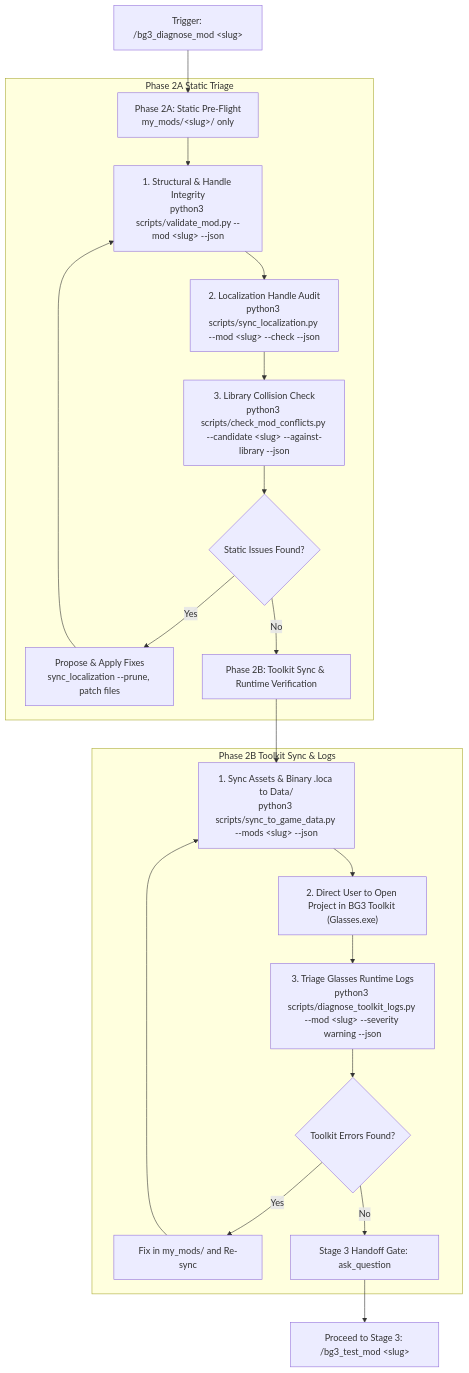
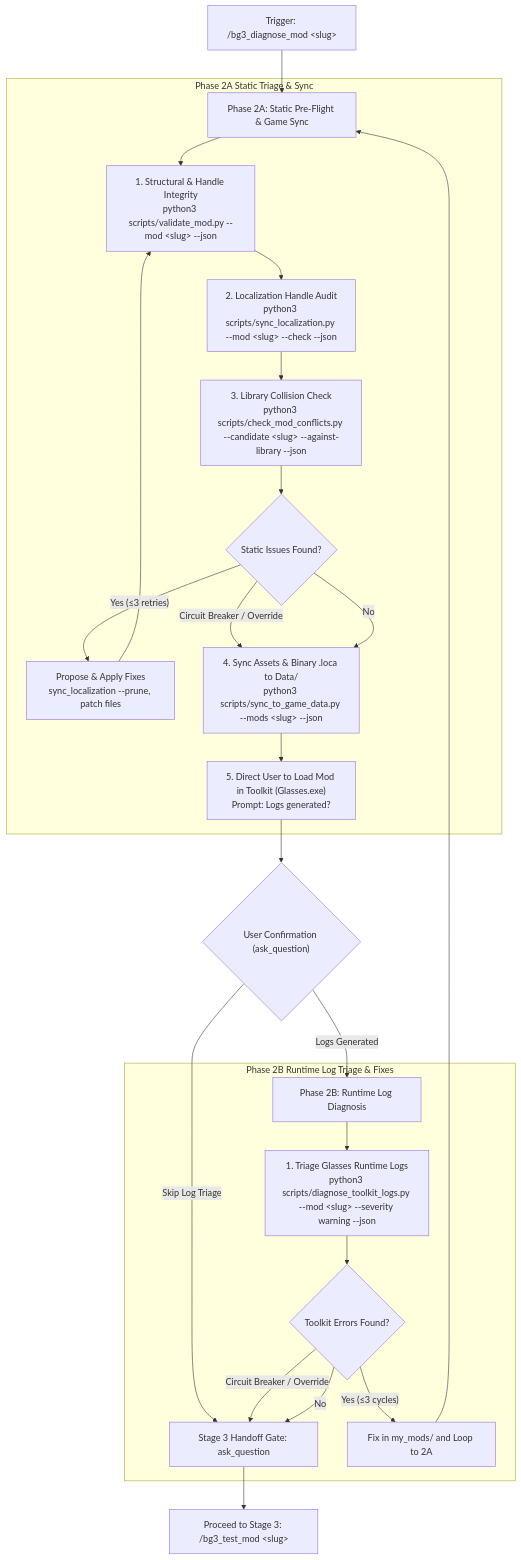
The diagram in .agents/skills/bg3_diagnose_mod/SKILL.md (jpelton-stroud/bg3-mod-studio), drawn with Mermaid before and after one commit. The commit also changed other lines of this file and 4 other files, not shown here.

First line of the commit message:
refactor(diagnose): update Phase 2A/2B gating and Toolkit log loop (#25)

````diff
--- a/.agents/skills/bg3_diagnose_mod/SKILL.md
+++ b/.agents/skills/bg3_diagnose_mod/SKILL.md
@@ -29,33 +29,38 @@
 ```mermaid
 flowchart TD
-    Trigger["Trigger: /bg3_diagnose_mod &lt;slug&gt;"] --> Phase2A["Phase 2A: Static Pre-Flight
-my_mods/&lt;slug&gt;/ only"]
+    Trigger["Trigger: /bg3_diagnose_mod &lt;slug&gt;"] --> Phase2A["Phase 2A: Static Pre-Flight & Game Sync"]
     
-    subgraph Phase 2A Static Triage
+    subgraph Phase 2A Static Triage & Sync
         Phase2A --> Val["1. Structural & Handle Integrity
 python3 scripts/validate_mod.py --mod &lt;slug&gt; --json"]
         Val --> Loc["2. Localization Handle Audit
 python3 scripts/sync_localization.py --mod &lt;slug&gt; --check --json"]
         Loc --> Conf["3. Library Collision Check
 python3 scripts/check_mod_conflicts.py --candidate &lt;slug&gt; --against-library --json"]
         Conf --> Fix2A{"Static Issues Found?"}
-        Fix2A -- "Yes" --> Patch2A["Propose & Apply Fixes
+        Fix2A -- "Yes (≤3 retries)" --> Patch2A["Propose & Apply Fixes
 sync_localization --prune, patch files"]
         Patch2A --> Val
-        Fix2A -- "No" --> Phase2B["Phase 2B: Toolkit Sync & Runtime Verification"]
+        Fix2A -- "Circuit Breaker / Override" --> Sync
+        Fix2A -- "No" --> Sync["4. Sync Assets & Binary .loca to Data/
+python3 scripts/sync_to_game_data.py --mods &lt;slug&gt; --json"]
+        Sync --> PromptUser["5. Direct User to Load Mod in Toolkit (Glasses.exe)
+Prompt: Logs generated?"]
     end
     
-    subgraph Phase 2B Toolkit Sync & Logs
-        Phase2B --> Sync["1. Sync Assets & Binary .loca to Data/
-python3 scripts/sync_to_game_data.py --mods &lt;slug&gt; --json"]
-        Sync --> UserToolkit["2. Direct User to Open Project in BG3 Toolkit (Glasses.exe)"]
-        UserToolkit --> Logs["3. Triage Glasses Runtime Logs
+    PromptUser --> UserGate{"User Confirmation (ask_question)"}
+    UserGate -- "Logs Generated" --> Phase2B["Phase 2B: Runtime Log Diagnosis"]
+    UserGate -- "Skip Log Triage" --> Gate["Stage 3 Handoff Gate: ask_question"]
+    
+    subgraph Phase 2B Runtime Log Triage & Fixes
+        Phase2B --> Logs["1. Triage Glasses Runtime Logs
 python3 scripts/diagnose_toolkit_logs.py --mod &lt;slug&gt; --severity warning --json"]
         Logs --> LogFix{"Toolkit Errors Found?"}
-        LogFix -- "Yes" --> Patch2B["Fix in my_mods/ and Re-sync"]
-        Patch2B --> Sync
-        LogFix -- "No" --> Gate["Stage 3 Handoff Gate: ask_question"]
+        LogFix -- "Yes (≤3 cycles)" --> Patch2B["Fix in my_mods/ and Loop to 2A"]
+        LogFix -- "Circuit Breaker / Override" --> Gate
+        LogFix -- "No" --> Gate
     end
     
+    Patch2B --> Phase2A
     Gate --> TestMod["Proceed to Stage 3: /bg3_test_mod &lt;slug&gt;"]
 ```
````
